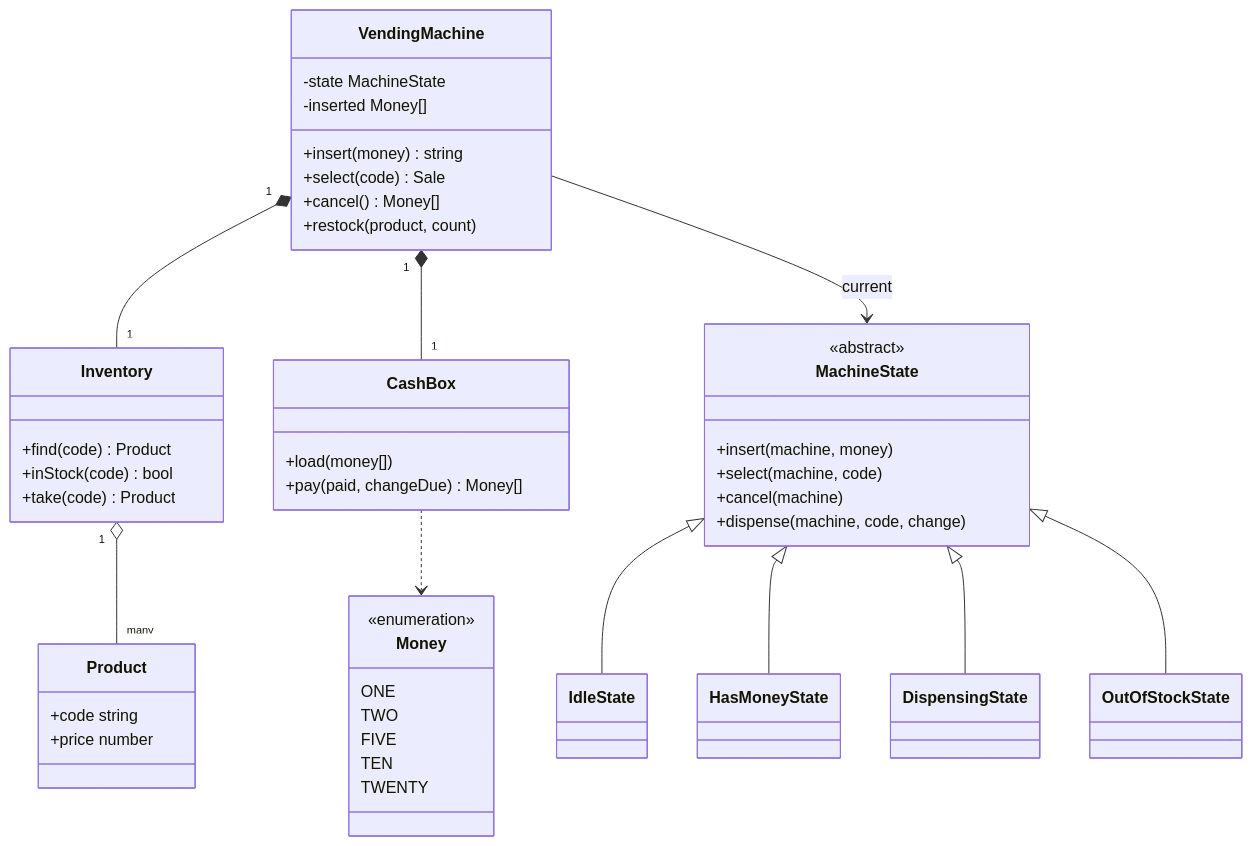
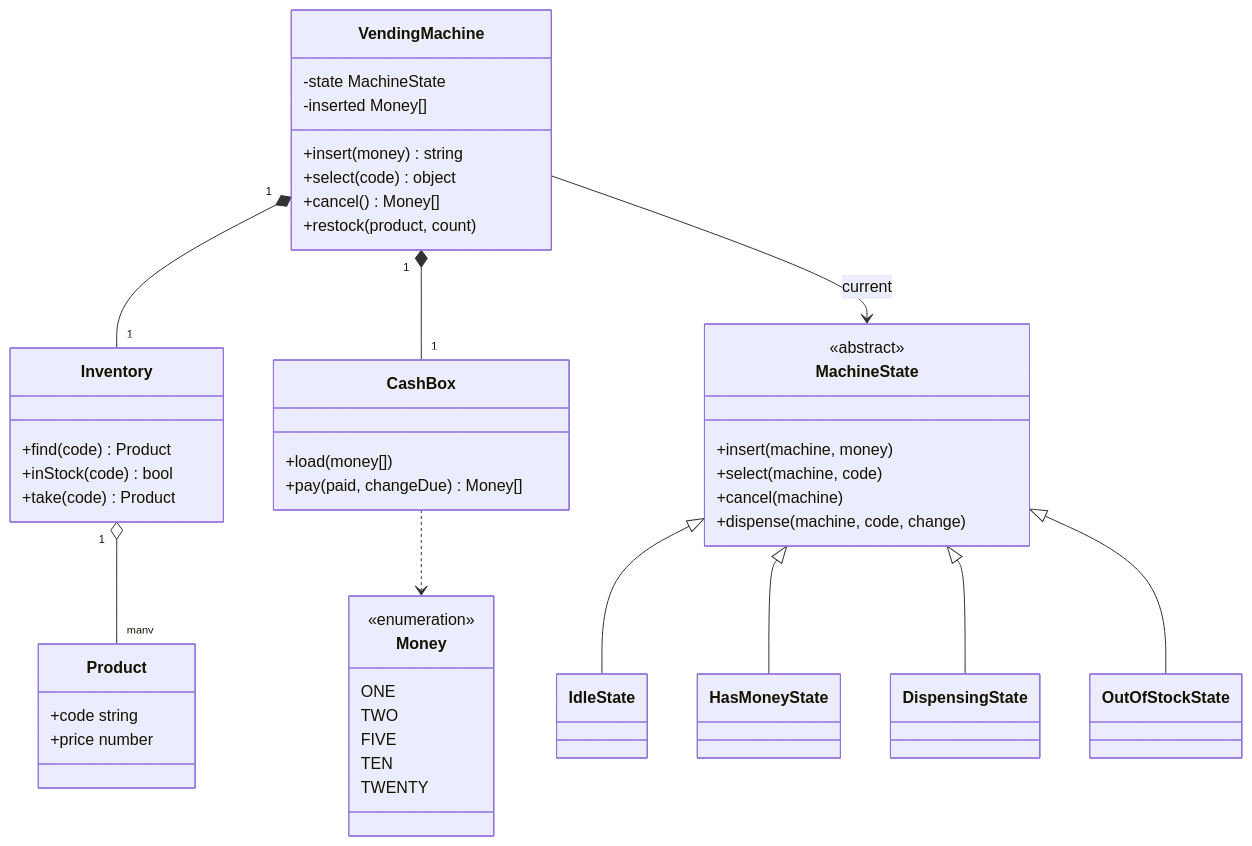
The first of 3 diagrams in content/low-level-design/problems/vending-machine.mdx (iamrs77/interview-ready), drawn with Mermaid before and after one commit. The commit also changed other lines of this file and 70 other files, not shown here.

````diff
--- a/content/low-level-design/problems/vending-machine.mdx
+++ b/content/low-level-design/problems/vending-machine.mdx
@@ -68,53 +68,53 @@
 ```mermaid
 classDiagram
   direction TB
   class VendingMachine:::concrete {
     -state MachineState
     -inserted Money[]
     +insert(money) string
-    +select(code) Sale
+    +select(code) object
     +cancel() Money[]
     +restock(product, count)
   }
   class MachineState:::abstract {
     <<abstract>>
     +insert(machine, money)
     +select(machine, code)
     +cancel(machine)
     +dispense(machine, code, change)
   }
   class IdleState:::concrete
   class HasMoneyState:::concrete
   class DispensingState:::concrete
   class OutOfStockState:::concrete
   class Inventory:::concrete {
     +find(code) Product
     +inStock(code) bool
     +take(code) Product
   }
   class Product:::concrete {
     +code string
     +price number
   }
   class CashBox:::concrete {
     +load(money[])
     +pay(paid, changeDue) Money[]
   }
   class Money:::enum {
     <<enumeration>>
     ONE
     TWO
     FIVE
     TEN
     TWENTY
   }
   VendingMachine "1" *-- "1" Inventory
   VendingMachine "1" *-- "1" CashBox
   VendingMachine --> MachineState : current
   MachineState <|-- IdleState
   MachineState <|-- HasMoneyState
   MachineState <|-- DispensingState
   MachineState <|-- OutOfStockState
   Inventory "1" o-- "many" Product
   CashBox ..> Money
 ```
````
